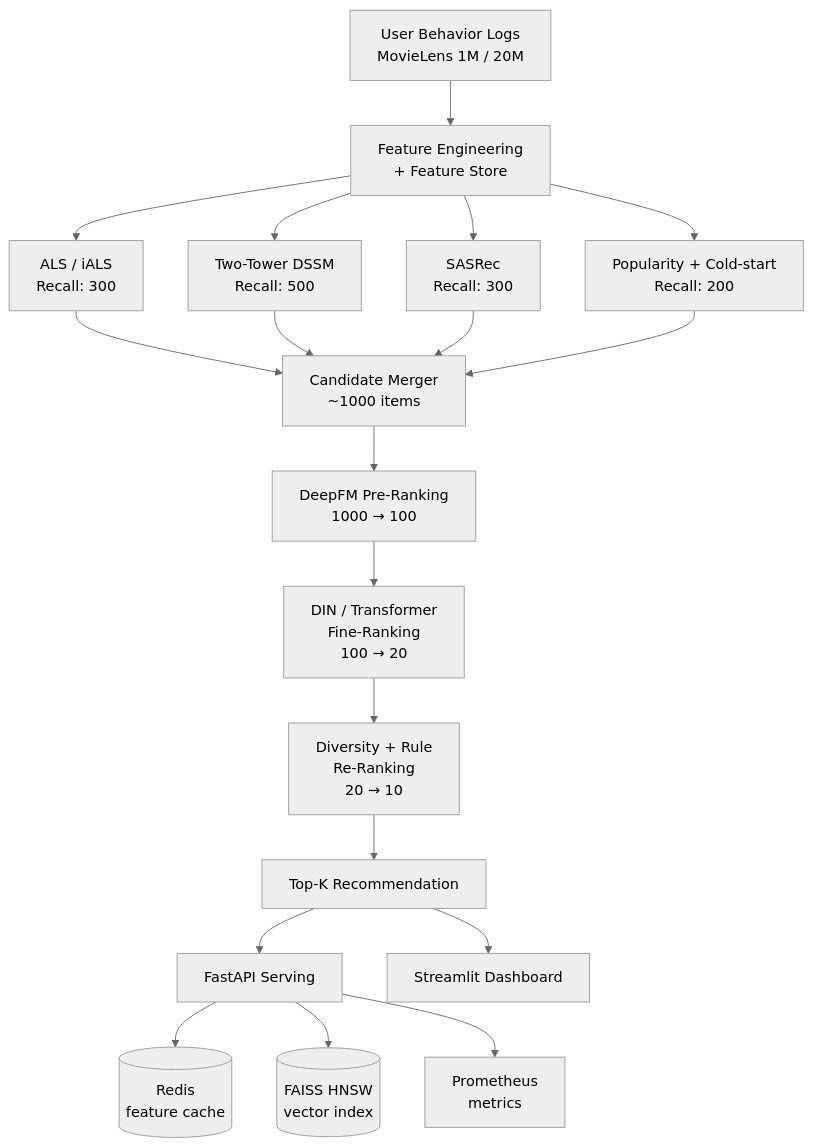
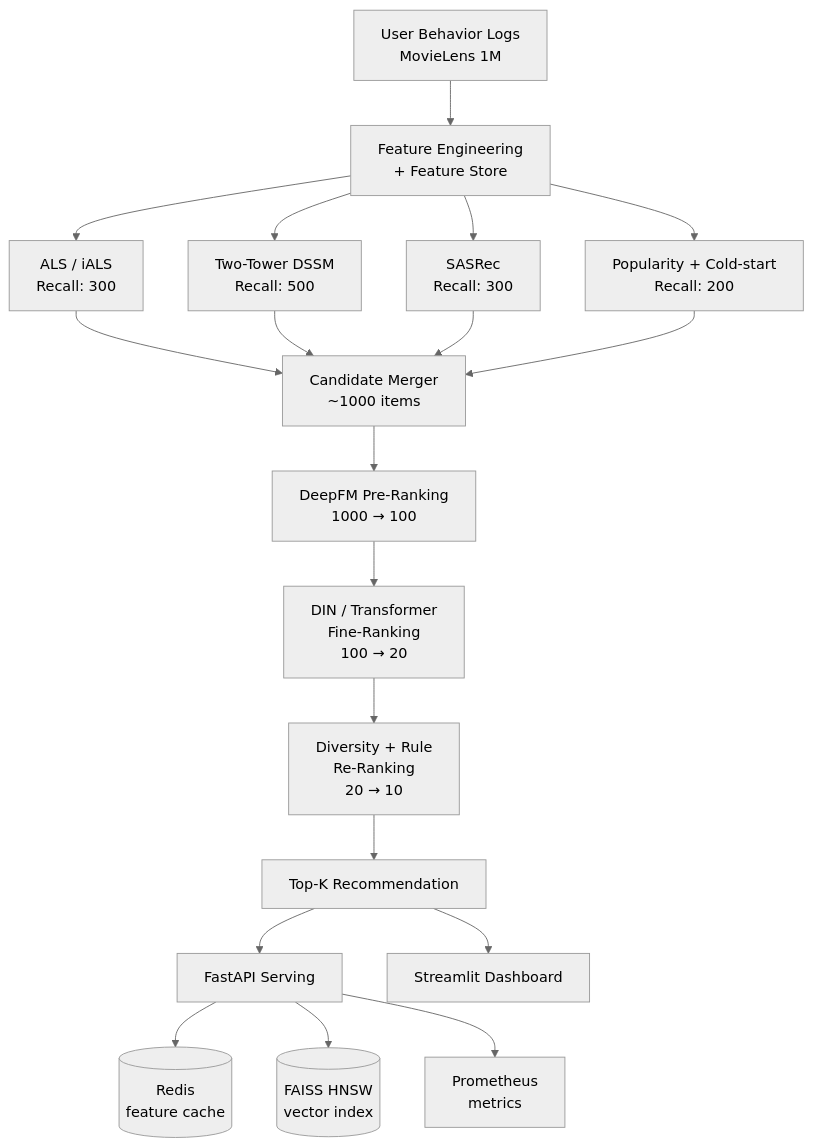
Before and after one commit to 2u39u4/multi-stage-recommender: the diagram in README.md, drawn with Mermaid (neutral theme). The commit also changed other lines of this file and 1 other file, not shown here.

````diff
--- a/README.md
+++ b/README.md
@@ -50,22 +51,22 @@
 ```mermaid
 flowchart TD
-    A[User Behavior Logs<br/>MovieLens 1M / 20M] --> B[Feature Engineering<br/>+ Feature Store]
+    A[User Behavior Logs<br/>MovieLens 1M] --> B[Feature Engineering<br/>+ Feature Store]
     B --> C1[ALS / iALS<br/>Recall: 300]
     B --> C2[Two-Tower DSSM<br/>Recall: 500]
     B --> C3[SASRec<br/>Recall: 300]
     B --> C4[Popularity + Cold-start<br/>Recall: 200]
     C1 --> D[Candidate Merger<br/>~1000 items]
     C2 --> D
     C3 --> D
     C4 --> D
     D --> E[DeepFM Pre-Ranking<br/>1000 → 100]
     E --> F[DIN / Transformer<br/>Fine-Ranking<br/>100 → 20]
     F --> G[Diversity + Rule<br/>Re-Ranking<br/>20 → 10]
     G --> H[Top-K Recommendation]
 
     H --> I[FastAPI Serving]
     H --> J[Streamlit Dashboard]
     I --> K[(Redis<br/>feature cache)]
     I --> L[(FAISS HNSW<br/>vector index)]
     I --> M[Prometheus<br/>metrics]
 ```
````
